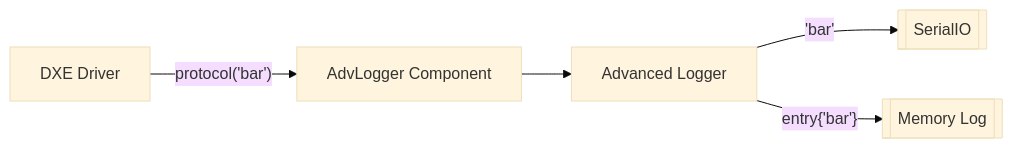
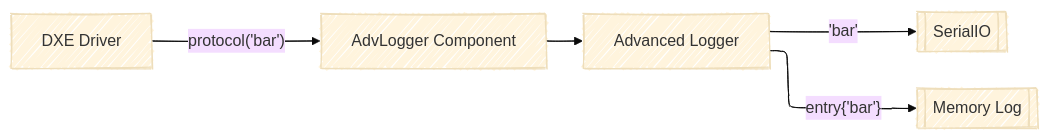
The second of 2 diagrams in docs/src/dxe_core/advanced_logger.md (vineelko/patina), drawn with Mermaid (base theme) before and after one commit. The commit also changed other lines of this file and 47 other files, not shown here.

````diff
--- a/docs/src/dxe_core/advanced_logger.md
+++ b/docs/src/dxe_core/advanced_logger.md
@@ -124,12 +130,18 @@
 ```mermaid
+---
+config:
+  layout: elk
+  look: handDrawn
+displayMode: compact
+---
 flowchart LR
     driver["DXE Driver"]
     component["AdvLogger Component"]
     logger["Advanced Logger"]
     serial[["SerialIO"]]
     memory_log[["Memory Log"]]
     driver -- protocol('bar') --> component
     component --> logger
     logger -- 'bar' --> serial
     logger -- entry{'bar'} --> memory_log
 ```
````
